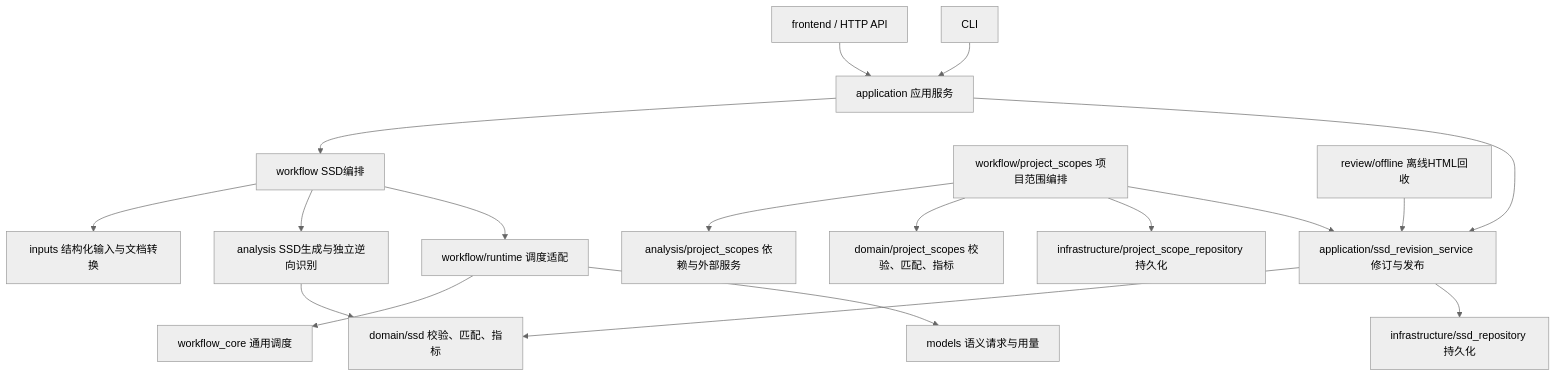
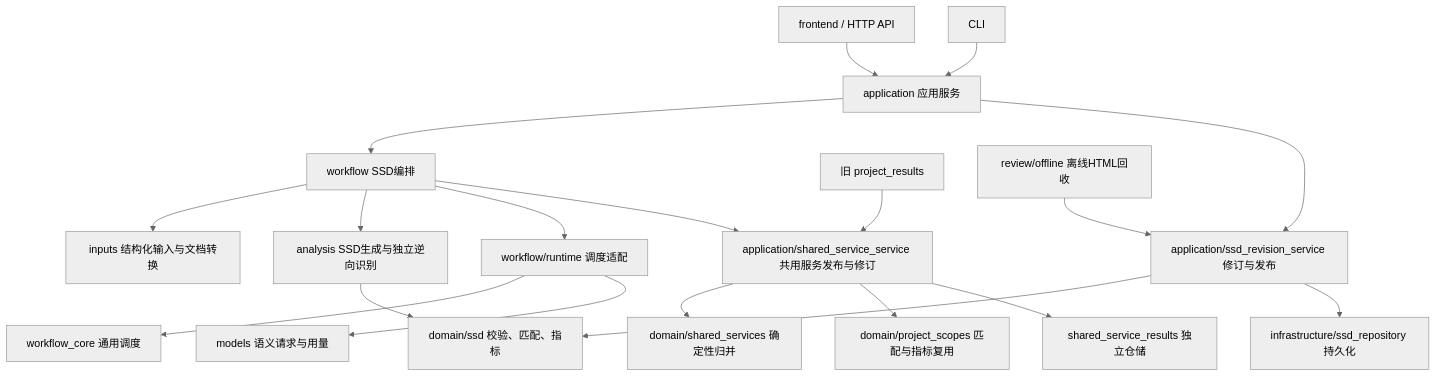
The diagram in docs/architecture/code-guide.md (Yangkailiang1/Scene_Completion), drawn with Mermaid (neutral theme) before and after one commit. The commit also changed other lines of this file and 64 other files, not shown here.

Commit message:
Unify interaction analysis, shared services and business report

````diff
--- a/docs/architecture/code-guide.md
+++ b/docs/architecture/code-guide.md
@@ -7,20 +7,21 @@
 ```mermaid
 flowchart TD
     Web[frontend / HTTP API] --> App[application 应用服务]
     CLI[CLI] --> App
     App --> Plan[workflow SSD编排]
     Plan --> Input[inputs 结构化输入与文档转换]
     Plan --> Analysis[analysis SSD生成与独立逆向识别]
     Plan --> Runtime[workflow/runtime 调度适配]
     Runtime --> Core[workflow_core 通用调度]
     Runtime --> Models[models 语义请求与用量]
     Analysis --> Domain[domain/ssd 校验、匹配、指标]
     App --> Revision[application/ssd_revision_service 修订与发布]
     Revision --> Domain
     Revision --> Repository[infrastructure/ssd_repository 持久化]
-    Project[workflow/project_scopes 项目范围编排] --> ProjectAnalysis[analysis/project_scopes 依赖与外部服务]
-    Project --> ProjectDomain[domain/project_scopes 校验、匹配、指标]
-    Project --> ProjectRepo[infrastructure/project_scope_repository 持久化]
-    Project --> Revision
+    Plan --> Merge[application/shared_service_service 共用服务发布与修订]
+    Merge --> Aggregate[domain/shared_services 确定性归并]
+    Merge --> ProjectDomain[domain/project_scopes 匹配与指标复用]
+    Merge --> Store[shared_service_results 独立仓储]
+    Historical[旧 project_results] --> Merge
     Offline[review/offline 离线HTML回收] --> Revision
 ```
````
